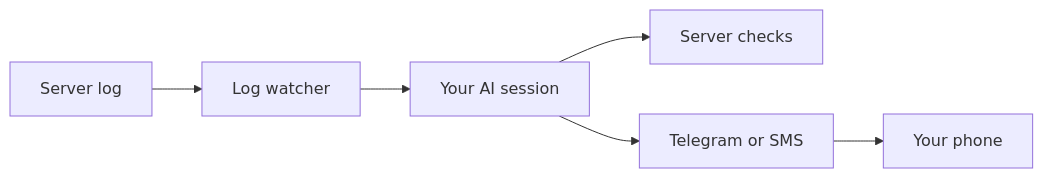
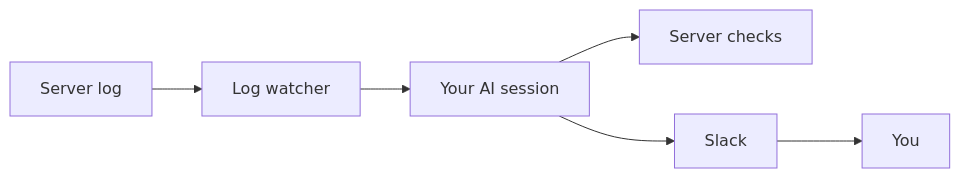
Before and after one commit to parf/ai-agent-bus: the fourth of 4 diagrams in README.md, drawn with Mermaid. The commit also changed other lines of this file, not shown here.

````diff
--- a/README.md
+++ b/README.md
@@ -123,8 +126,8 @@
 ```mermaid
 flowchart LR
   E[Server log] --> W[Log watcher]
   W --> A[Your AI session]
   A --> I[Server checks]
-  A --> T[Telegram or SMS]
-  T --> P[Your phone]
+  A --> T[Slack]
+  T --> P[You]
 ```
````
